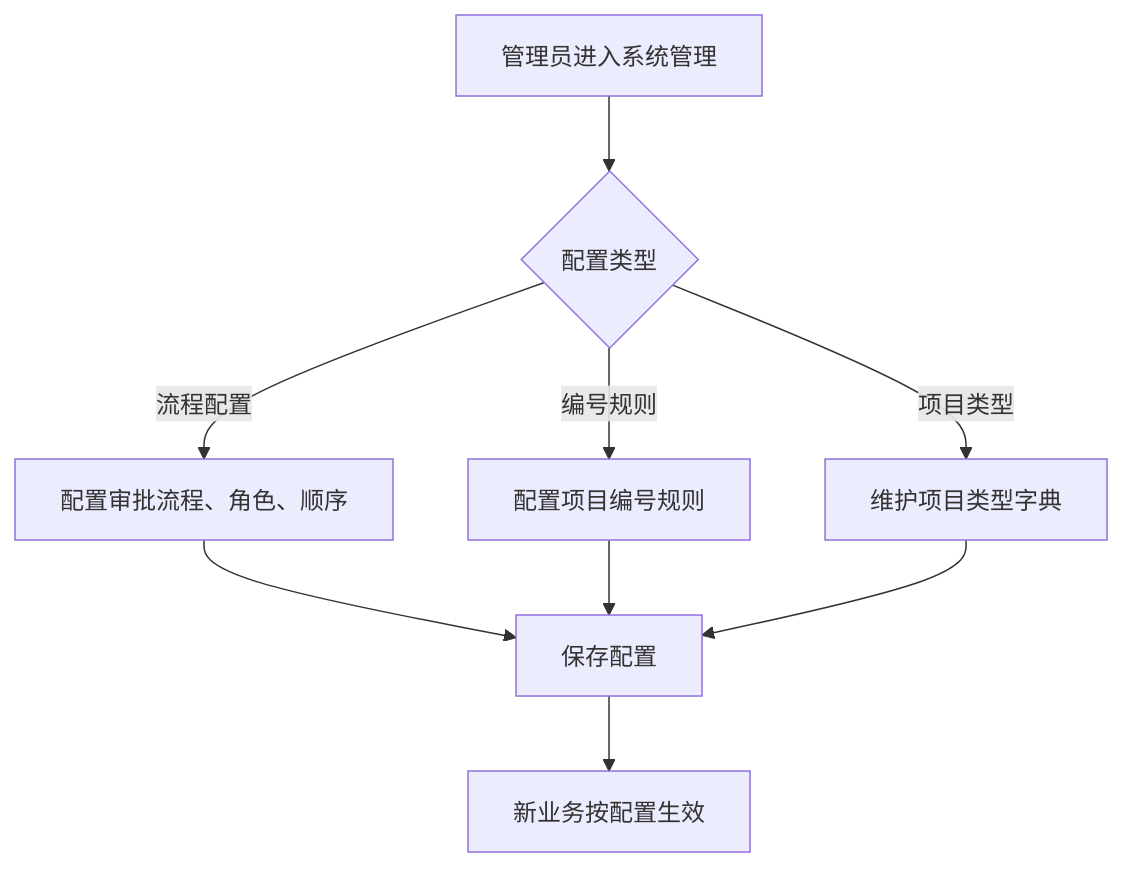
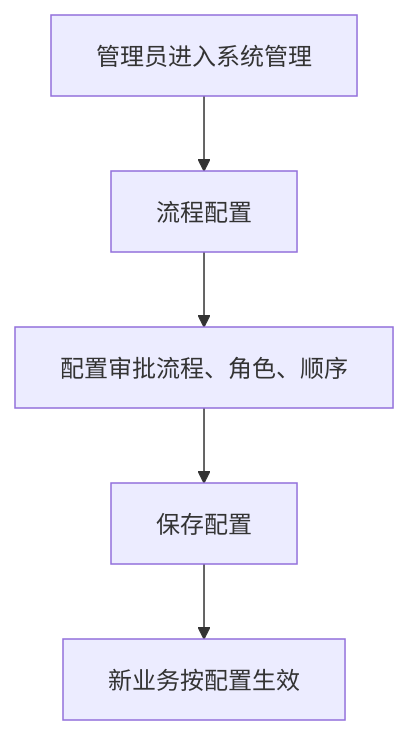
Before and after one commit to Jess-0411/github.io: the ninth of 10 diagrams in 业务流程与架构图.md, drawn with Mermaid. The commit also changed other lines of this file and 7 other files, not shown here.

````diff
--- a/业务流程与架构图.md
+++ b/业务流程与架构图.md
@@ -86,11 +198,7 @@
 ```mermaid
 flowchart TD
-  A["管理员进入系统管理"] --> B{"配置类型"}
-  B -->|流程配置| C["配置审批流程、角色、顺序"]
-  B -->|编号规则| D["配置项目编号规则"]
-  B -->|项目类型| E["维护项目类型字典"]
-  C --> F["保存配置"]
-  D --> F
-  E --> F
-  F --> G["新业务按配置生效"]
+  A["管理员进入系统管理"] --> B["流程配置"]
+  B --> C["配置审批流程、角色、顺序"]
+  C --> D["保存配置"]
+  D --> E["新业务按配置生效"]
 ```
````
